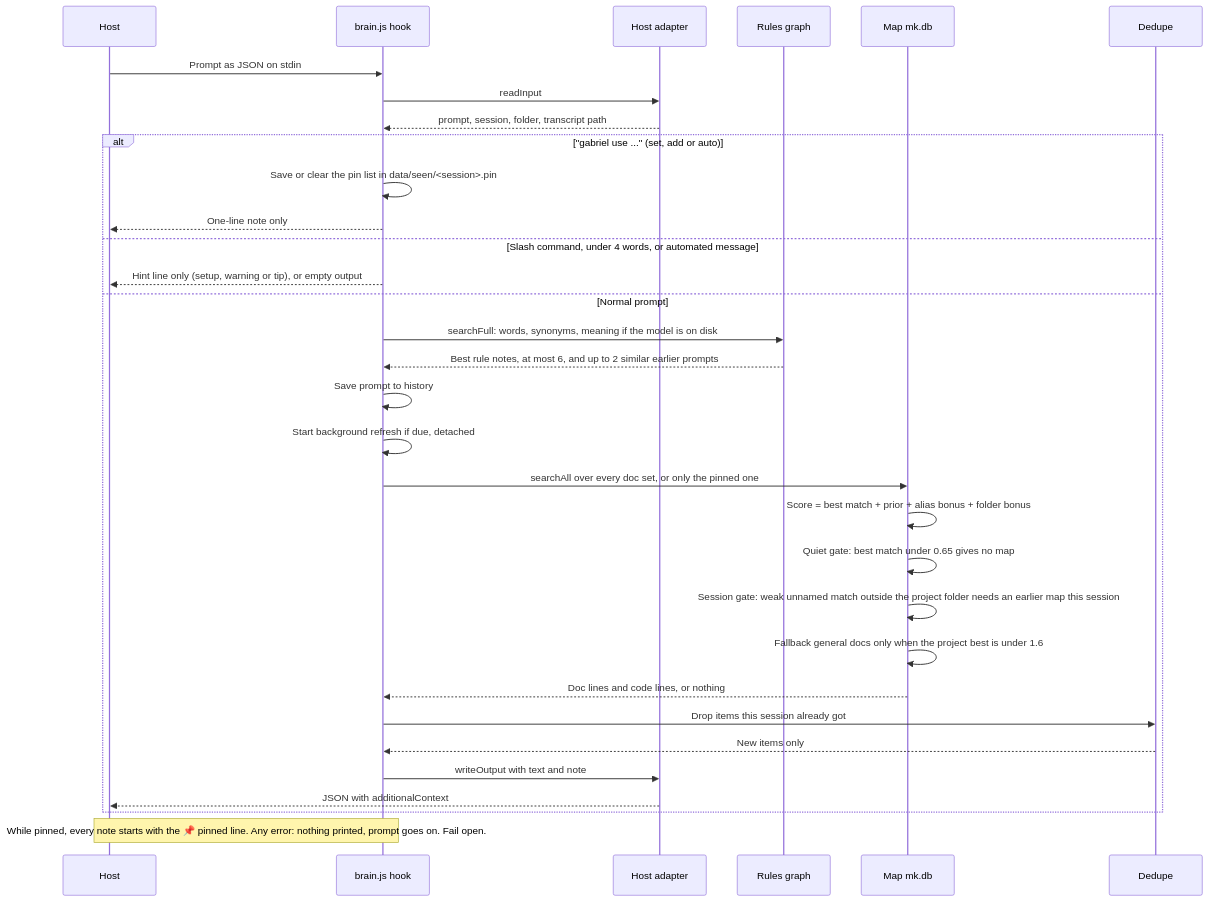
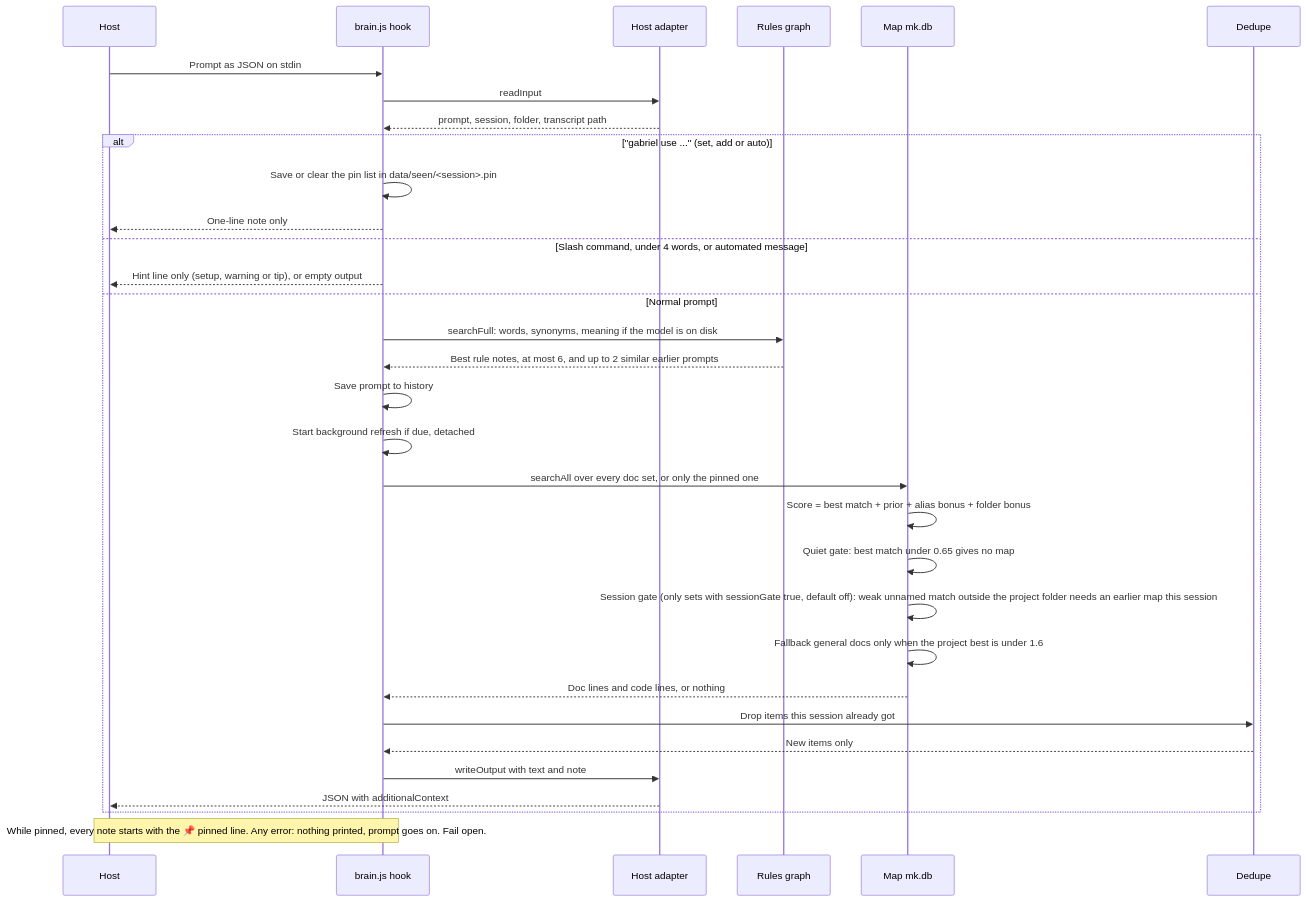
The second of 10 diagrams in docs/WORKFLOWS.md (ThanhNVan/gabriel-plugin), drawn with Mermaid before and after one commit. The commit also changed 16 other files, not shown here.

````diff
--- a/docs/WORKFLOWS.md
+++ b/docs/WORKFLOWS.md
@@ -51,34 +51,34 @@
 ```mermaid
 sequenceDiagram
   participant H as Host
   participant B as brain.js hook
   participant A as Host adapter
   participant R as Rules graph
   participant M as Map mk.db
   participant D as Dedupe
   H->>B: Prompt as JSON on stdin
   B->>A: readInput
   A-->>B: prompt, session, folder, transcript path
   alt "gabriel use ..." (set, add or auto)
     B->>B: Save or clear the pin list in data/seen/<session>.pin
     B-->>H: One-line note only
   else Slash command, under 4 words, or automated message
     B-->>H: Hint line only (setup, warning or tip), or empty output
   else Normal prompt
     B->>R: searchFull: words, synonyms, meaning if the model is on disk
     R-->>B: Best rule notes, at most 6, and up to 2 similar earlier prompts
     B->>B: Save prompt to history
     B->>B: Start background refresh if due, detached
     B->>M: searchAll over every doc set, or only the pinned one
     M->>M: Score = best match + prior + alias bonus + folder bonus
     M->>M: Quiet gate: best match under 0.65 gives no map
-    M->>M: Session gate: weak unnamed match outside the project folder needs an earlier map this session
+    M->>M: Session gate (only sets with sessionGate true, default off): weak unnamed match outside the project folder needs an earlier map this session
     M->>M: Fallback general docs only when the project best is under 1.6
     M-->>B: Doc lines and code lines, or nothing
     B->>D: Drop items this session already got
     D-->>B: New items only
     B->>A: writeOutput with text and note
     A-->>H: JSON with additionalContext
   end
   Note over B,H: While pinned, every note starts with the 📌 pinned line. Any error: nothing printed, prompt goes on. Fail open.
 ```
````
